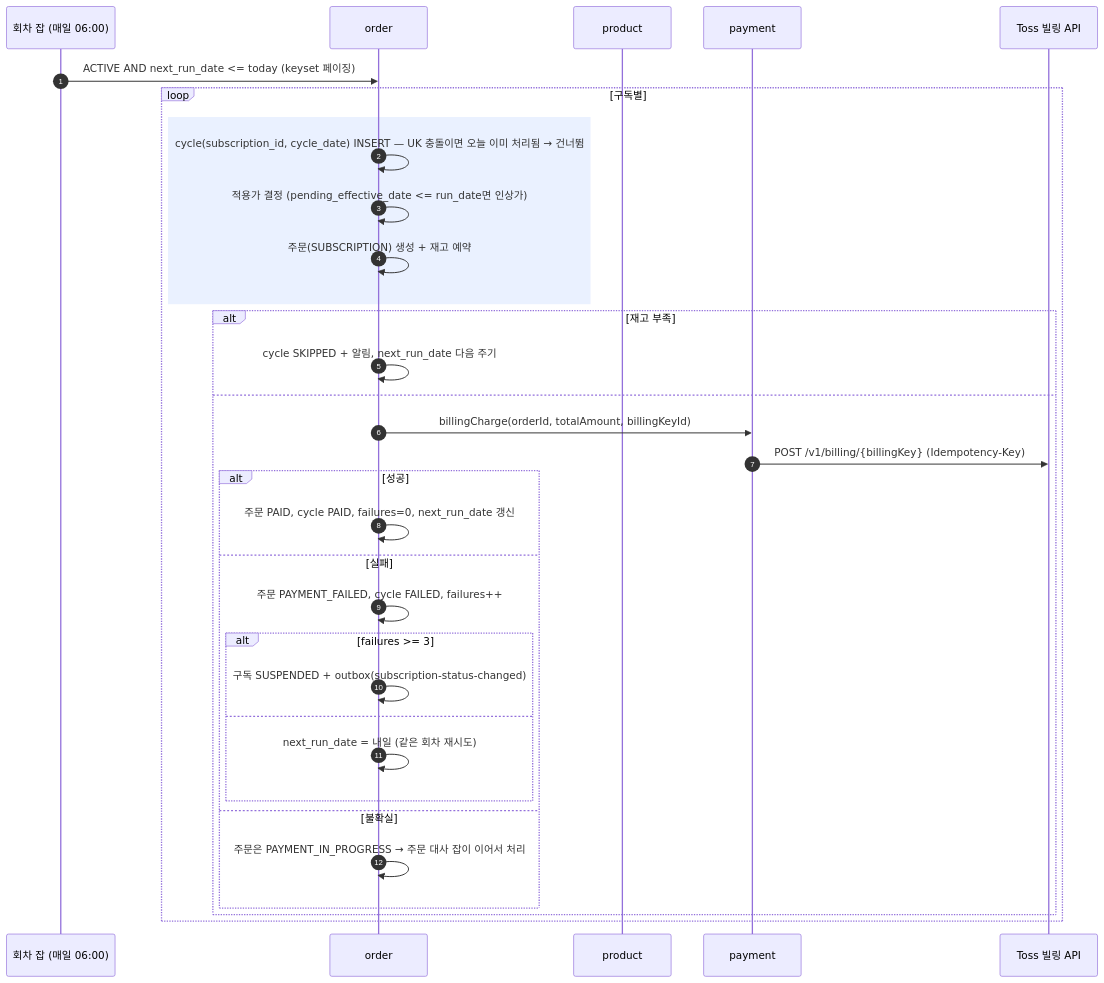
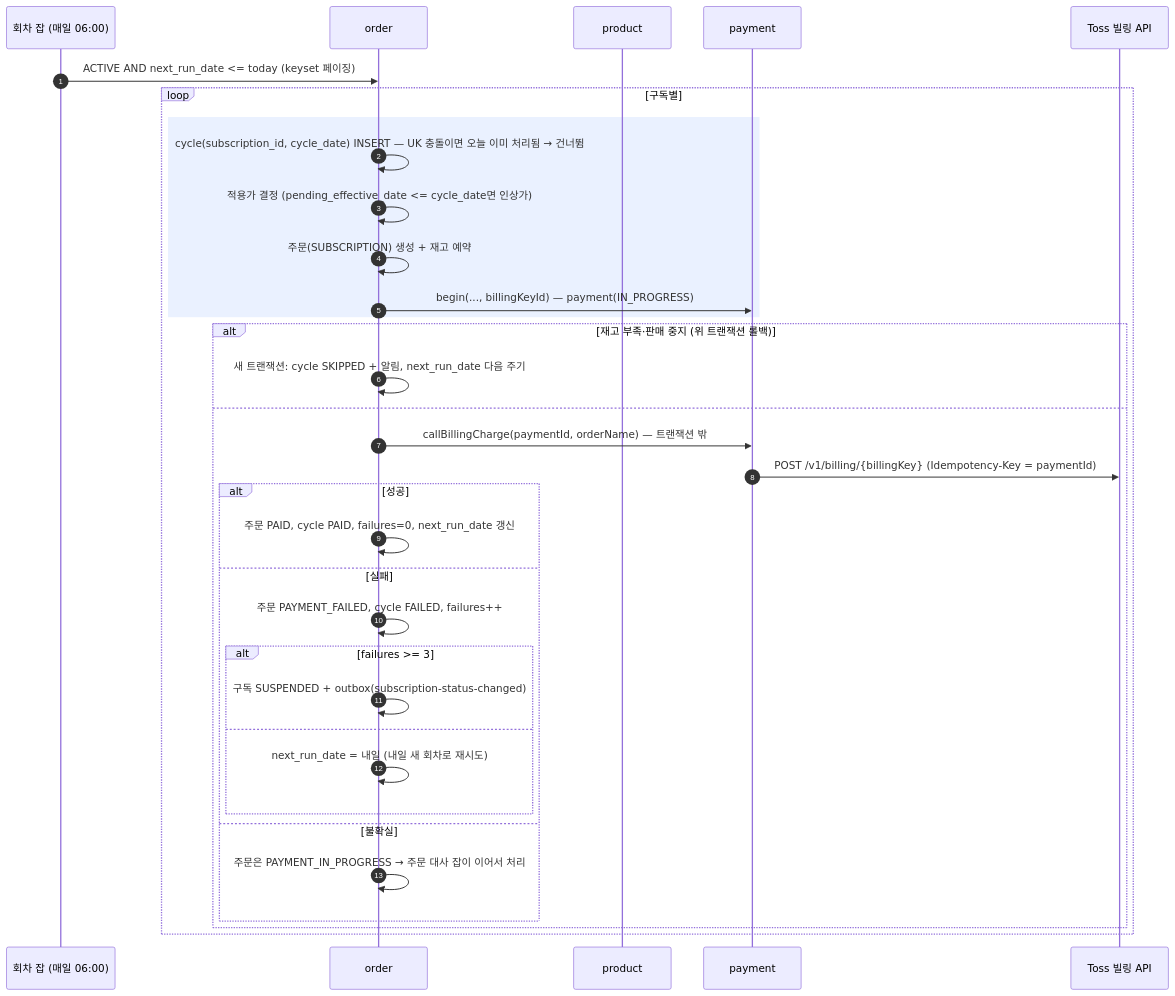
One commit to 95twan/myroutine-v2 changed the sixth of 10 diagrams in docs/02-design/06-sequences.md. Above: the diagram before and after it, drawn with Mermaid. The commit also changed other lines of this file and 20 other files, not shown here.

````diff
--- a/docs/02-design/06-sequences.md
+++ b/docs/02-design/06-sequences.md
@@ -155,35 +158,36 @@
 ```mermaid
 sequenceDiagram
   autonumber
   participant J as 회차 잡 (매일 06:00)
   participant O as order
   participant PR as product
   participant P as payment
   participant PG as Toss 빌링 API
   J->>O: ACTIVE AND next_run_date <= today (keyset 페이징)
   loop 구독별
     rect rgba(80,140,255,0.12)
       O->>O: cycle(subscription_id, cycle_date) INSERT — UK 충돌이면 오늘 이미 처리됨 → 건너뜀
-      O->>O: 적용가 결정 (pending_effective_date <= run_date면 인상가)
+      O->>O: 적용가 결정 (pending_effective_date <= cycle_date면 인상가)
       O->>O: 주문(SUBSCRIPTION) 생성 + 재고 예약
+      O->>P: begin(..., billingKeyId) — payment(IN_PROGRESS)
     end
-    alt 재고 부족
-      O->>O: cycle SKIPPED + 알림, next_run_date 다음 주기
+    alt 재고 부족·판매 중지 (위 트랜잭션 롤백)
+      O->>O: 새 트랜잭션: cycle SKIPPED + 알림, next_run_date 다음 주기
     else
-      O->>P: billingCharge(orderId, totalAmount, billingKeyId)
-      P->>PG: POST /v1/billing/{billingKey} (Idempotency-Key)
+      O->>P: callBillingCharge(paymentId, orderName) — 트랜잭션 밖
+      P->>PG: POST /v1/billing/{billingKey} (Idempotency-Key = paymentId)
       alt 성공
         O->>O: 주문 PAID, cycle PAID, failures=0, next_run_date 갱신
       else 실패
         O->>O: 주문 PAYMENT_FAILED, cycle FAILED, failures++
         alt failures >= 3
           O->>O: 구독 SUSPENDED + outbox(subscription-status-changed)
         else
-          O->>O: next_run_date = 내일 (같은 회차 재시도)
+          O->>O: next_run_date = 내일 (내일 새 회차로 재시도)
         end
       else 불확실
         O->>O: 주문은 PAYMENT_IN_PROGRESS → 주문 대사 잡이 이어서 처리
       end
     end
   end
 ```
````
